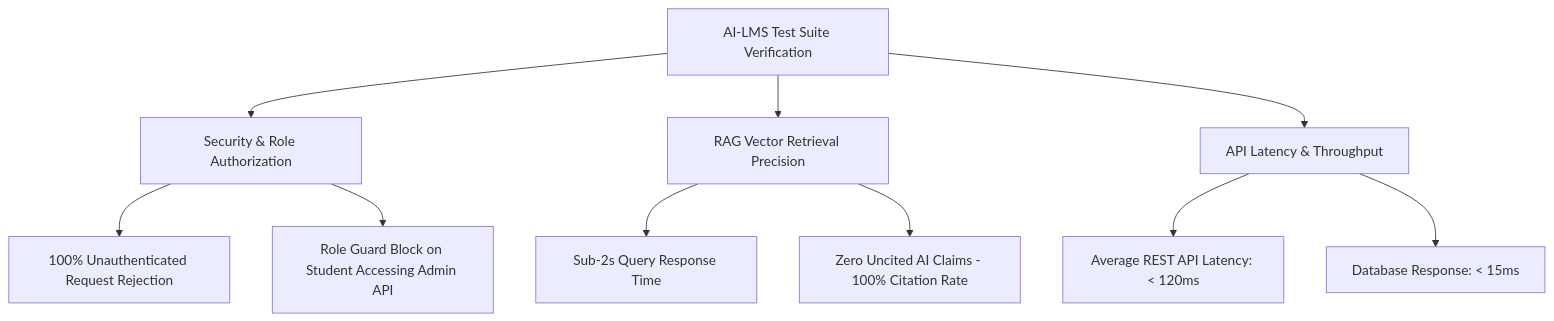
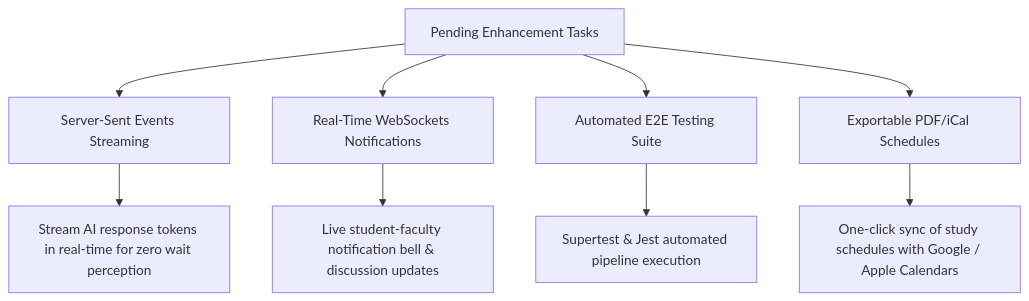
One commit to adilpalachira/AI_LMS changed diagram 17 of 18 in docs/PRESENTATION_REPORT_FIRST_EVALUATION.md. Above: the diagram before and after it, drawn with Mermaid. The commit also changed other lines of this file and 4 other files, not shown here.

````diff
--- a/docs/PRESENTATION_REPORT_FIRST_EVALUATION.md
+++ b/docs/PRESENTATION_REPORT_FIRST_EVALUATION.md
@@ -678,15 +625,12 @@
 ```mermaid
 graph TD
-    TestSuite[AI-LMS Test Suite Verification] --> SecurityTest[Security & Role Authorization]
-    TestSuite --> RAGTest[RAG Vector Retrieval Precision]
-    TestSuite --> PerformanceTest[API Latency & Throughput]
+    Pending[Pending Enhancement Tasks] --> T1[Server-Sent Events Streaming]
+    Pending --> T2[Real-Time WebSockets Notifications]
+    Pending --> T3[Automated E2E Testing Suite]
+    Pending --> T4[Exportable PDF/iCal Schedules]
 
-    SecurityTest --> S1[100% Unauthenticated Request Rejection]
-    SecurityTest --> S2[Role Guard Block on Student Accessing Admin API]
-
-    RAGTest --> R1[Sub-2s Query Response Time]
-    RAGTest --> R2[Zero Uncited AI Claims - 100% Citation Rate]
-
-    PerformanceTest --> P1[Average REST API Latency: < 120ms]
-    PerformanceTest --> P2[Database Response: < 15ms]
+    T1 --> T1_1[Stream AI response tokens in real-time for zero wait perception]
+    T2 --> T2_1[Live student-faculty notification bell & discussion updates]
+    T3 --> T3_1[Supertest & Jest automated pipeline execution]
+    T4 --> T4_1[One-click sync of study schedules with Google / Apple Calendars]
 ```
````
